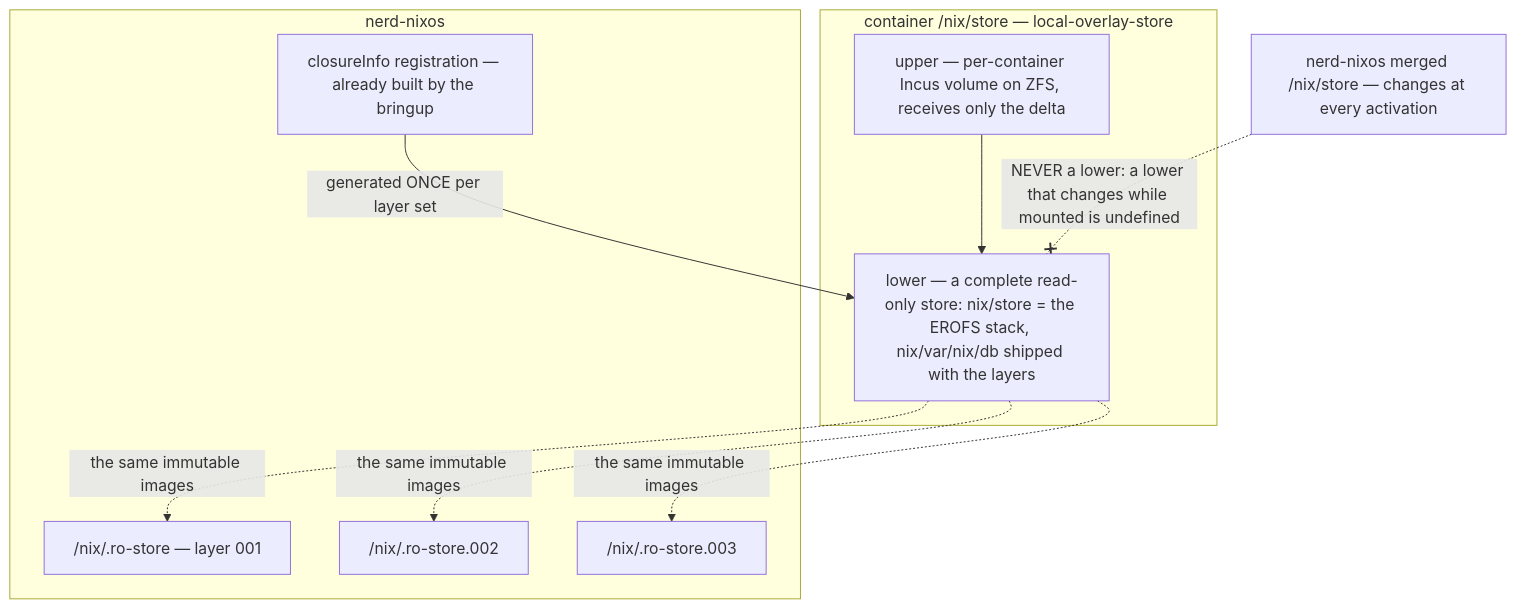
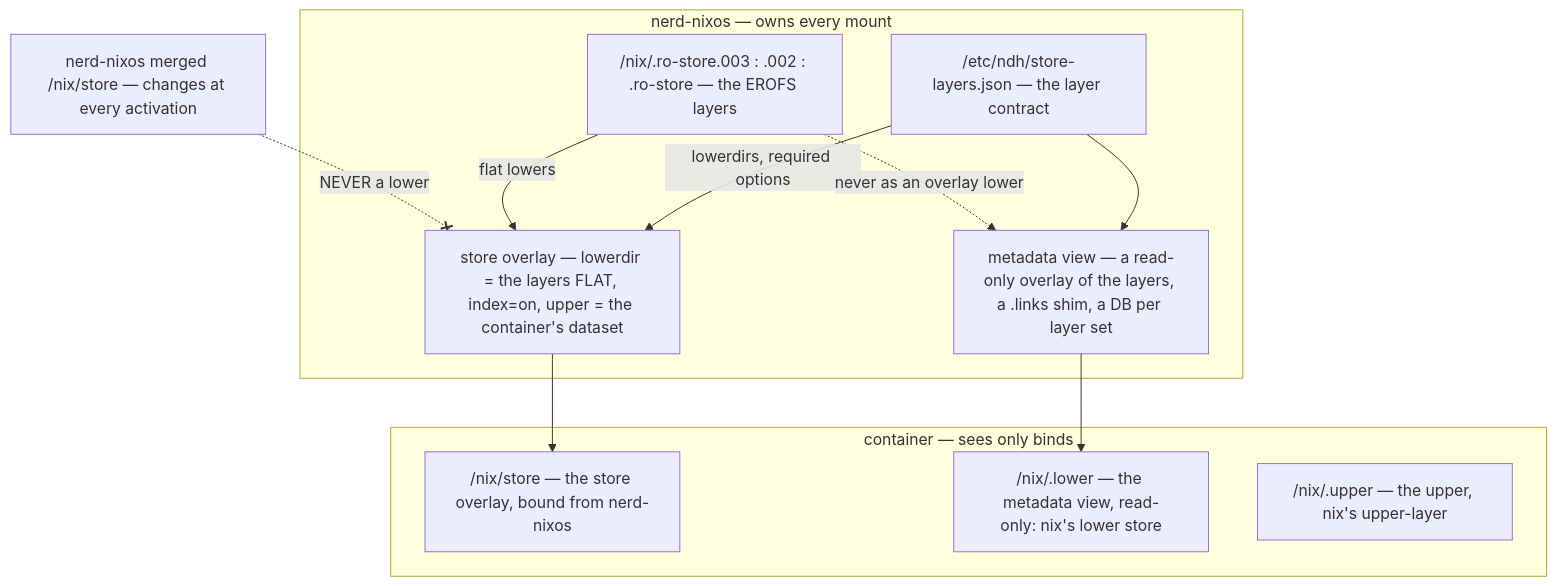
One commit to seedmatic/ndh changed the seventh of 11 diagrams in docs/private-binary-cache-spec.adoc. Above: the diagram before and after it, drawn with Mermaid. The commit also changed other lines of this file and 6 other files, not shown here.

First line of the commit message:
feat(incus): NixOS containers whose store is an overlay on the EROFS layers

```diff
--- a/docs/private-binary-cache-spec.adoc
+++ b/docs/private-binary-cache-spec.adoc
@@ -1164,19 +1165,23 @@
 [mermaid]
 ....
 flowchart TB
-  subgraph C["container /nix/store — local-overlay-store"]
-    U["upper — per-container Incus volume on ZFS, receives only the delta"]
-    L["lower — a complete read-only store: nix/store = the EROFS stack, nix/var/nix/db shipped with the layers"]
-    U --> L
+  subgraph C["container — sees only binds"]
+    S["/nix/store — the store overlay, bound from nerd-nixos"]
+    M["/nix/.lower — the metadata view, read-only: nix's lower store"]
+    U["/nix/.upper — the upper, nix's upper-layer"]
   end
-  subgraph N["nerd-nixos"]
-    E1["/nix/.ro-store — layer 001"]
-    E2["/nix/.ro-store.002"]
-    E3["/nix/.ro-store.003"]
-    R["closureInfo registration — already built by the bringup"]
+  subgraph N["nerd-nixos — owns every mount"]
+    E["/nix/.ro-store.003 : .002 : .ro-store — the EROFS layers"]
+    J["/etc/ndh/store-layers.json — the layer contract"]
+    O["store overlay — lowerdir = the layers FLAT, index=on, upper = the container's dataset"]
+    V["metadata view — a read-only overlay of the layers, a .links shim, a DB per layer set"]
   end
-  L -. "the same immutable images" .-> E1 & E2 & E3
-  R -- "generated ONCE per layer set" --> L
+  J -- "lowerdirs, required options" --> O
+  J --> V
+  E -- "flat lowers" --> O
+  E -. "never as an overlay lower" .-> V
+  O --> S
+  V --> M
   X["nerd-nixos merged /nix/store — changes at every activation"]
-  X -. "NEVER a lower: a lower that changes while mounted is undefined" .-x L
+  X -. "NEVER a lower" .-x O
 ....
```
